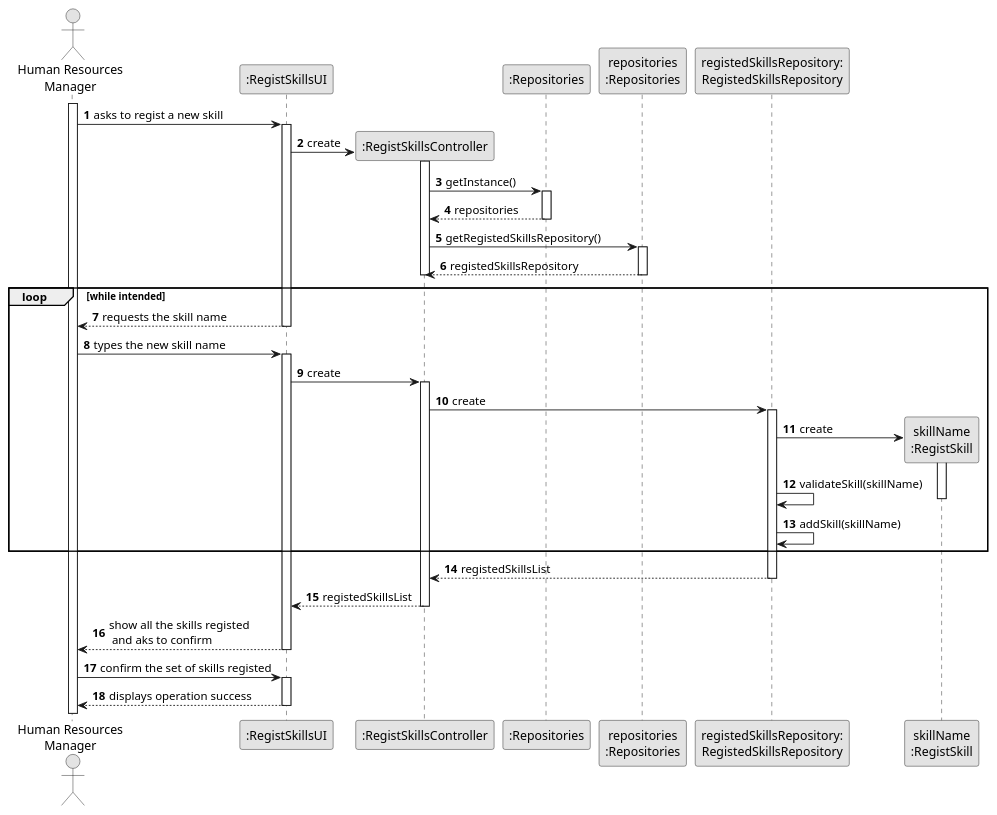
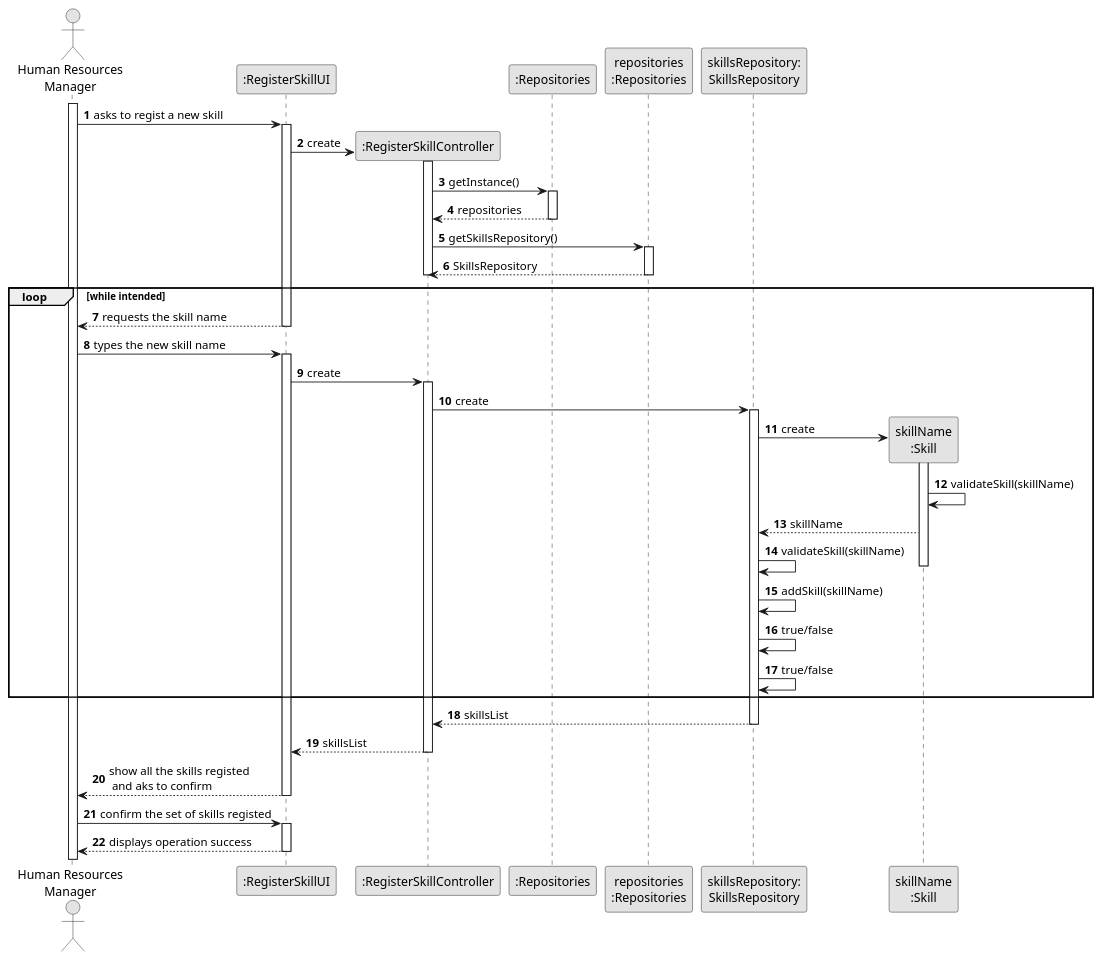
Before and after one commit to 1231360-ISEP/lei-24-s2-1db-g021: the diagram in docs/sprint2/us001/03.design/puml/us001-sequence-diagram-full.puml, drawn with PlantUML. The commit also changed 10 other files, not shown here.

```diff
--- a/docs/sprint2/us001/03.design/puml/us001-sequence-diagram-full.puml
+++ b/docs/sprint2/us001/03.design/puml/us001-sequence-diagram-full.puml
@@ -1,80 +1,85 @@
 @startuml
 skinparam monochrome true
 skinparam packageStyle rectangle
 skinparam shadowing false
 
 actor "Human Resources\nManager" as HRM
-participant ":RegistSkillsUI" as UI
-participant ":RegistSkillsController" as CTRL
+participant ":RegisterSkillUI" as UI
+participant ":RegisterSkillController" as CTRL
 participant ":Repositories" as RepositorySingleton
 participant "repositories\n:Repositories" as PLAT
-participant "registedSkillsRepository:\nRegistedSkillsRepository" as RegistedSkillsRepository
-participant "skillName\n:RegistSkill" as TAREFA
+participant "skillsRepository:\nSkillsRepository" as SkillsRepository
+participant "skillName\n:Skill" as TAREFA
 
 autonumber 1
 
 activate HRM
 
     HRM -> UI : asks to regist a new skill
     activate UI
 
         UI -> CTRL** : create
 
         activate CTRL
 
         CTRL -> RepositorySingleton : getInstance()
         activate RepositorySingleton
 
             RepositorySingleton --> CTRL: repositories
         deactivate RepositorySingleton
 
-        CTRL -> PLAT : getRegistedSkillsRepository()
+        CTRL -> PLAT : getSkillsRepository()
         activate PLAT
 
-            PLAT --> CTRL: registedSkillsRepository
+            PLAT --> CTRL: SkillsRepository
         deactivate PLAT
 
-       ' UI <-- CTRL : registedSkillsRepository
         deactivate CTRL
 
     loop while intended
             UI --> HRM : requests the skill name
         deactivate UI
 
             HRM -> UI : types the new skill name
         activate UI
 
             UI -> CTRL: create
         activate CTRL
 
-            CTRL -> RegistedSkillsRepository : create
-        activate RegistedSkillsRepository
+            CTRL -> SkillsRepository : create
+        activate SkillsRepository
 
-            RegistedSkillsRepository -> TAREFA**: create
+            SkillsRepository -> TAREFA**: create
         activate TAREFA
 
-        RegistedSkillsRepository -> RegistedSkillsRepository: validateSkill(skillName)
+        TAREFA -> TAREFA: validateSkill(skillName)
+
+        TAREFA --> SkillsRepository : skillName
+        SkillsRepository -> SkillsRepository: validateSkill(skillName)
         deactivate TAREFA
-        RegistedSkillsRepository -> RegistedSkillsRepository: addSkill(skillName)
+        SkillsRepository -> SkillsRepository: addSkill(skillName)
+        SkillsRepository -> SkillsRepository: true/false
+        SkillsRepository -> SkillsRepository: true/false
+
 
     end
 
-    RegistedSkillsRepository --> CTRL : registedSkillsList
-    deactivate RegistedSkillsRepository
+    SkillsRepository --> CTRL : skillsList
+    deactivate SkillsRepository
 
-    CTRL --> UI : registedSkillsList
+    CTRL --> UI : skillsList
     deactivate CTRL
 
     UI --> HRM : show all the skills registed\n and aks to confirm
 
     deactivate CTRL
     deactivate UI
 
     HRM -> UI : confirm the set of skills registed
     activate UI
 
     UI --> HRM : displays operation success
     deactivate UI
 
 
 @enduml
```
